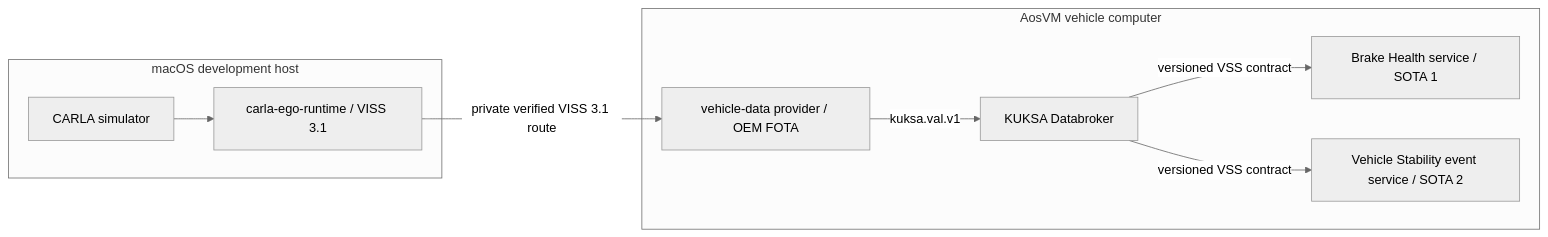
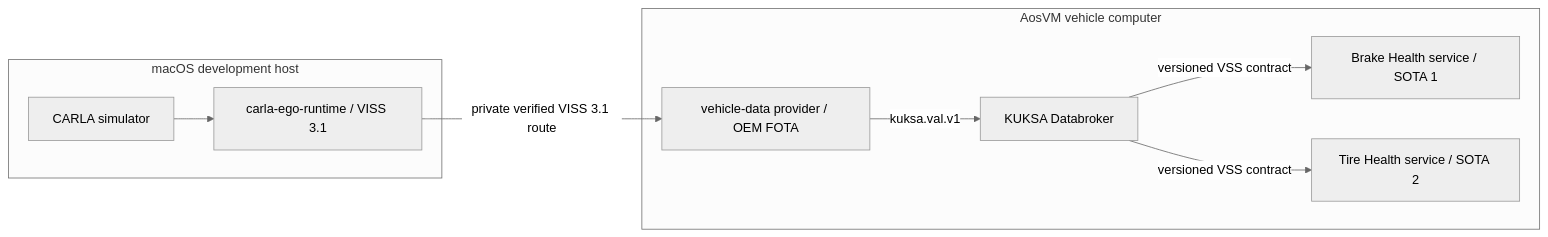
Before and after one commit to alexmaninblack/aosedge-sdv-demo: the diagram in docs/architecture/repository-boundaries.md, drawn with Mermaid (neutral theme). The commit also changed other lines of this file and 30 other files, not shown here.

Commit message:
docs: adopt tire health for function team 2

````diff
--- a/docs/architecture/repository-boundaries.md
+++ b/docs/architecture/repository-boundaries.md
@@ -14,20 +14,20 @@
 ```mermaid
 flowchart LR
     subgraph macOS["macOS development host"]
         CARLA["CARLA simulator"]
         VISS["carla-ego-runtime / VISS 3.1"]
         CARLA --> VISS
     end
 
     subgraph AosVM["AosVM vehicle computer"]
         PROVIDER["vehicle-data provider / OEM FOTA"]
         KUKSA["KUKSA Databroker"]
         SERVICE1["Brake Health service / SOTA 1"]
-        SERVICE2["Vehicle Stability event service / SOTA 2"]
+        SERVICE2["Tire Health service / SOTA 2"]
         PROVIDER -->|"kuksa.val.v1"| KUKSA
         KUKSA -->|"versioned VSS contract"| SERVICE1
         KUKSA -->|"versioned VSS contract"| SERVICE2
     end
 
     VISS -->|"private verified VISS 3.1 route"| PROVIDER
 ```
````
